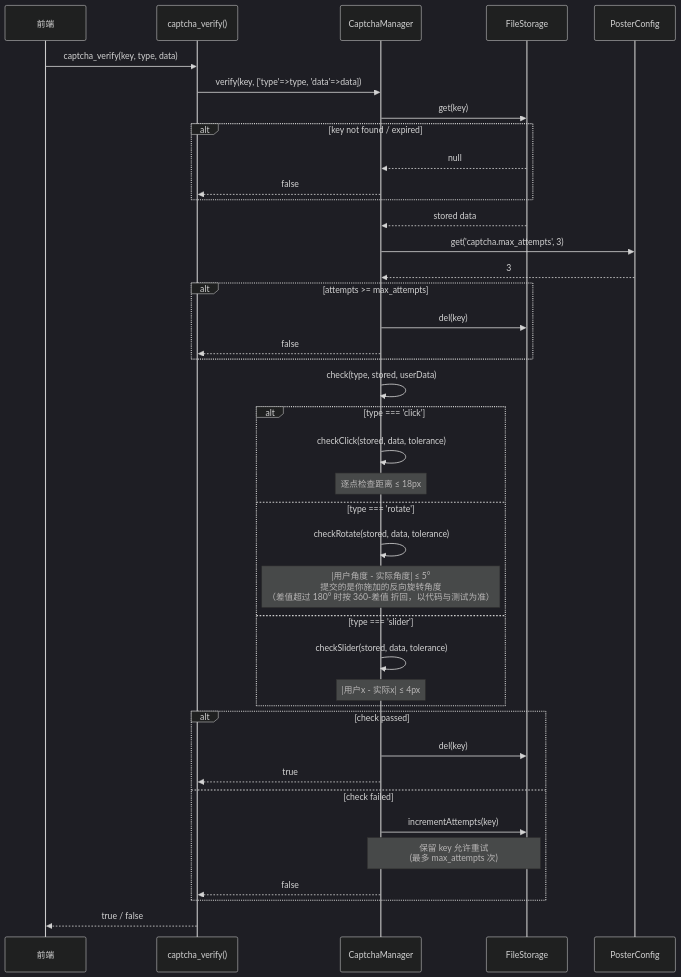
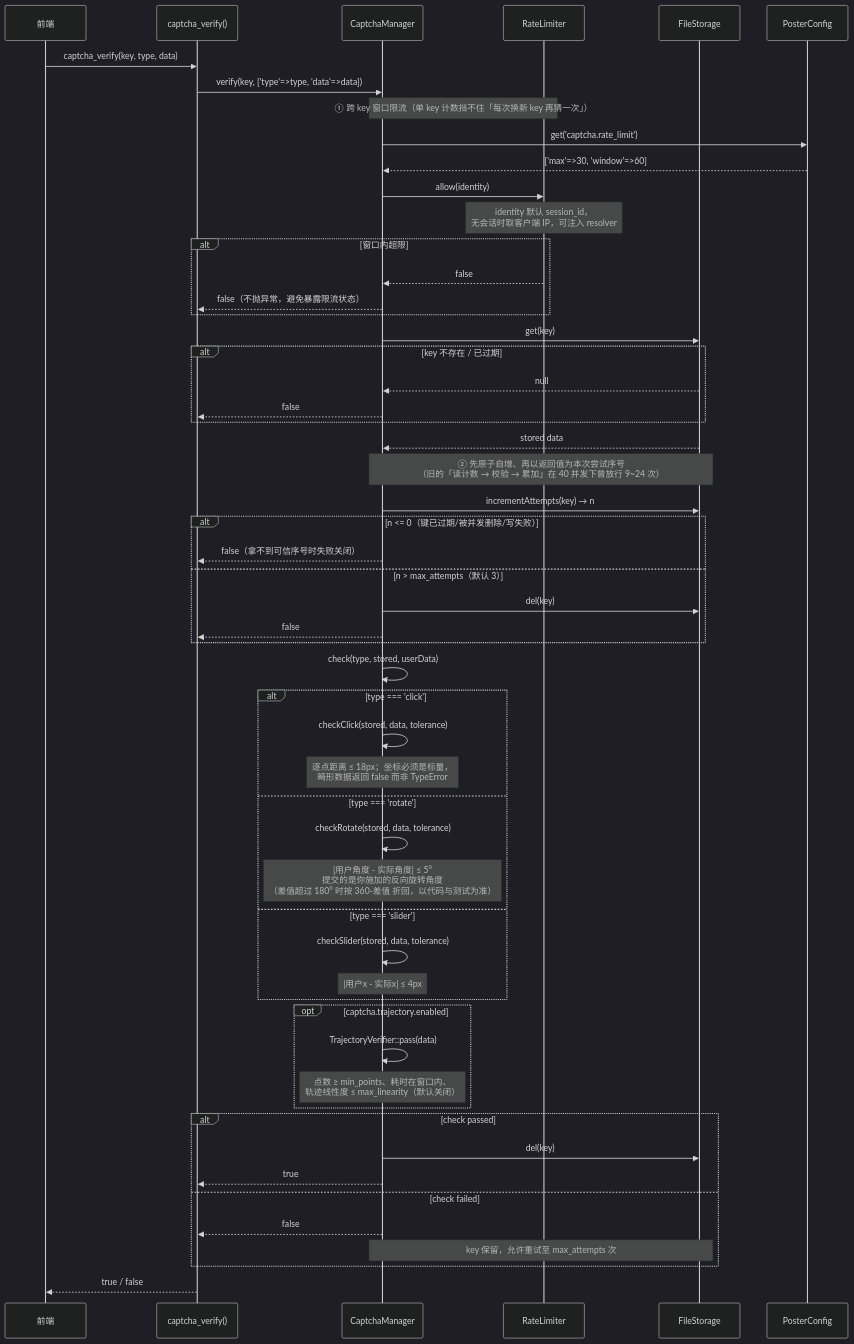
The fifth of 11 diagrams in docs/architecture.md (erikwang2013/poster-php), drawn with Mermaid (dark theme) before and after one commit. The commit also changed other lines of this file and 10 other files, not shown here.

````diff
--- a/docs/architecture.md
+++ b/docs/architecture.md
@@ -219,52 +221,65 @@
 ```mermaid
 sequenceDiagram
     participant Client as 前端
     participant Helper as captcha_verify()
     participant Manager as CaptchaManager
+    participant Limiter as RateLimiter
     participant Storage as FileStorage
     participant Config as PosterConfig
 
     Client->>Helper: captcha_verify(key, type, data)
     Helper->>Manager: verify(key, ['type'=>type, 'data'=>data])
-    
+
+    Note over Manager,Limiter: ① 跨 key 窗口限流（单 key 计数挡不住「每次换新 key 再猜一次」）
+    Manager->>Config: get('captcha.rate_limit')
+    Config-->>Manager: ['max'=>30, 'window'=>60]
+    Manager->>Limiter: allow(identity)
+    Note over Limiter: identity 默认 session_id，<br/>无会话时取客户端 IP，可注入 resolver
+    alt 窗口内超限
+        Limiter-->>Manager: false
+        Manager-->>Helper: false（不抛异常，避免暴露限流状态）
+    end
+
     Manager->>Storage: get(key)
-    
-    alt key not found / expired
+    alt key 不存在 / 已过期
         Storage-->>Manager: null
         Manager-->>Helper: false
     end
-    
     Storage-->>Manager: stored data
-    
-    Manager->>Config: get('captcha.max_attempts', 3)
-    Config-->>Manager: 3
-    
-    alt attempts >= max_attempts
+
+    Note over Manager,Storage: ② 先原子自增、再以返回值为本次尝试序号<br/>（旧的「读计数 → 校验 → 累加」在 40 并发下曾放行 9~24 次）
+    Manager->>Storage: incrementAttempts(key) → n
+    alt n <= 0（键已过期/被并发删除/写失败）
+        Manager-->>Helper: false（拿不到可信序号时失败关闭）
+    else n > max_attempts（默认 3）
         Manager->>Storage: del(key)
         Manager-->>Helper: false
     end
-    
+
     Manager->>Manager: check(type, stored, userData)
-    
+
     alt type === 'click'
         Manager->>Manager: checkClick(stored, data, tolerance)
-        Note over Manager: 逐点检查距离 ≤ 18px
+        Note over Manager: 逐点距离 ≤ 18px；坐标必须是标量，<br/>畸形数据返回 false 而非 TypeError
     else type === 'rotate'
         Manager->>Manager: checkRotate(stored, data, tolerance)
         Note over Manager: |用户角度 - 实际角度| ≤ 5°<br/>提交的是你施加的反向旋转角度<br/>（差值超过 180° 时按 360-差值 折回，以代码与测试为准）
     else type === 'slider'
         Manager->>Manager: checkSlider(stored, data, tolerance)
         Note over Manager: |用户x - 实际x| ≤ 4px
     end
-    
+    opt captcha.trajectory.enabled
+        Manager->>Manager: TrajectoryVerifier::pass(data)
+        Note over Manager: 点数 ≥ min_points、耗时在窗口内、<br/>轨迹线性度 ≤ max_linearity（默认关闭）
+    end
+
     alt check passed
         Manager->>Storage: del(key)
         Manager-->>Helper: true
     else check failed
-        Manager->>Storage: incrementAttempts(key)
-        Note over Manager,Storage: 保留 key 允许重试<br/>(最多 max_attempts 次)
         Manager-->>Helper: false
+        Note over Manager,Storage: key 保留，允许重试至 max_attempts 次
     end
-    
+
     Helper-->>Client: true / false
 ```
````
